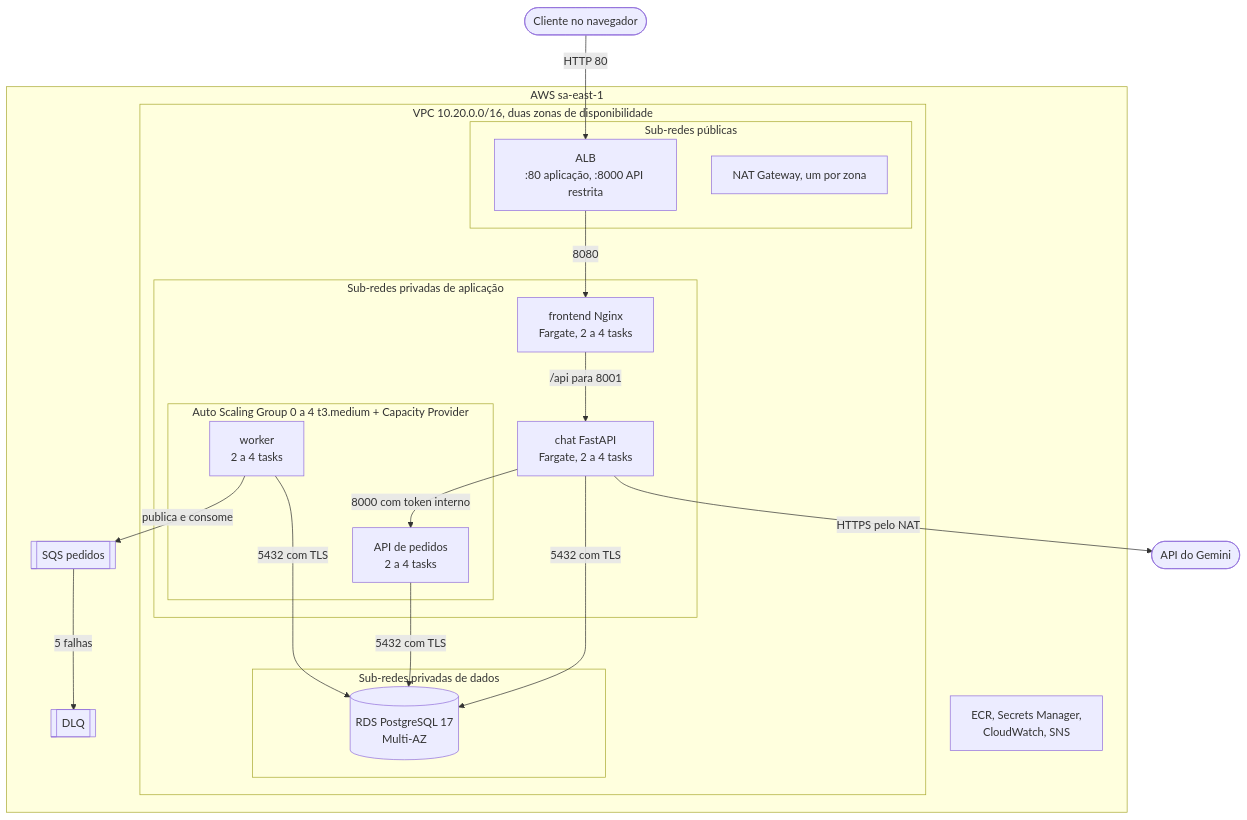
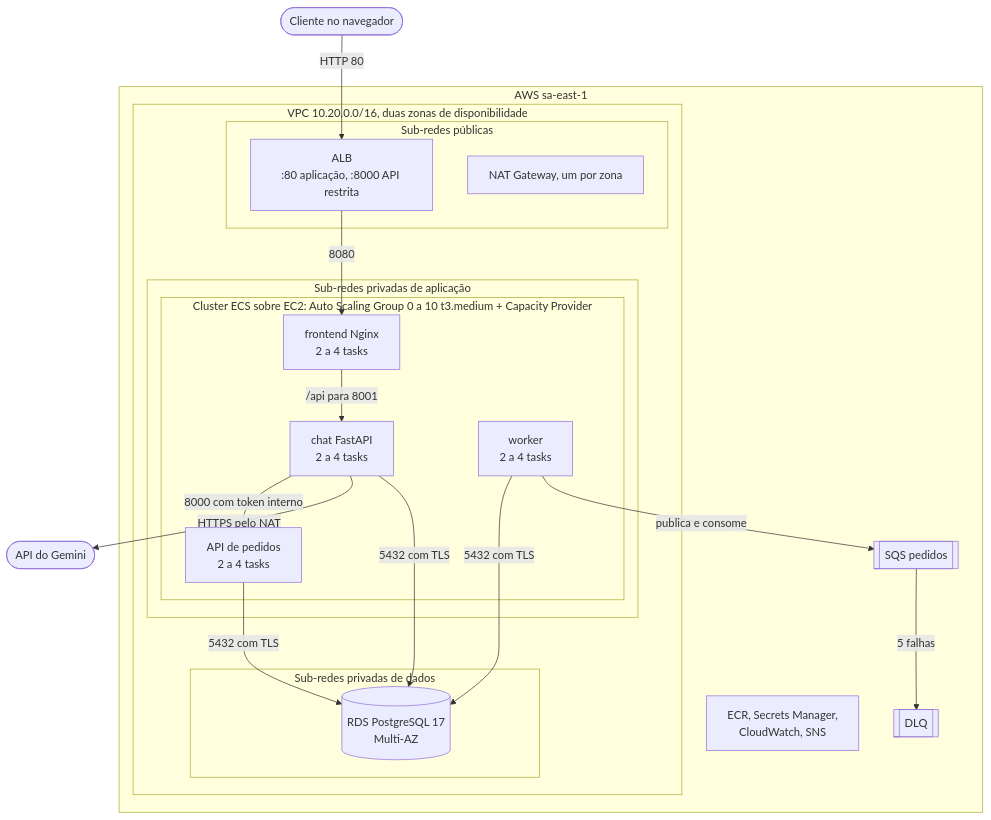
One commit to KaryneAlencar/projeto-cloud changed the diagram in docs/VIDEO_ENTREGA.md. Above: the diagram before and after it, drawn with Mermaid. The commit also changed other lines of this file and 75 other files, not shown here.

````diff
--- a/docs/VIDEO_ENTREGA.md
+++ b/docs/VIDEO_ENTREGA.md
@@ -195,39 +210,39 @@
 ```mermaid
 flowchart TB
   user([Cliente no navegador])
   gemini([API do Gemini])
 
   subgraph aws["AWS sa-east-1"]
     subgraph vpc["VPC 10.20.0.0/16, duas zonas de disponibilidade"]
       subgraph pub["Sub-redes públicas"]
         alb["ALB<br/>:80 aplicação, :8000 API restrita"]
         nat["NAT Gateway, um por zona"]
       end
       subgraph app["Sub-redes privadas de aplicação"]
-        fe["frontend Nginx<br/>Fargate, 2 a 4 tasks"]
-        chat["chat FastAPI<br/>Fargate, 2 a 4 tasks"]
-        subgraph ec2["Auto Scaling Group 0 a 4 t3.medium + Capacity Provider"]
+        subgraph ec2["Cluster ECS sobre EC2: Auto Scaling Group 0 a 10 t3.medium + Capacity Provider"]
+          fe["frontend Nginx<br/>2 a 4 tasks"]
+          chat["chat FastAPI<br/>2 a 4 tasks"]
           api["API de pedidos<br/>2 a 4 tasks"]
           worker["worker<br/>2 a 4 tasks"]
         end
       end
       subgraph data["Sub-redes privadas de dados"]
         rds[("RDS PostgreSQL 17<br/>Multi-AZ")]
       end
     end
     sqs[["SQS pedidos"]]
     dlq[["DLQ"]]
     apoio["ECR, Secrets Manager,<br/>CloudWatch, SNS"]
   end
 
   user -->|"HTTP 80"| alb
   alb -->|"8080"| fe
   fe -->|"/api para 8001"| chat
   chat -->|"8000 com token interno"| api
   chat -->|"HTTPS pelo NAT"| gemini
   api -->|"5432 com TLS"| rds
   chat -->|"5432 com TLS"| rds
   worker -->|"5432 com TLS"| rds
   worker -->|"publica e consome"| sqs
   sqs -->|"5 falhas"| dlq
 ```
````
